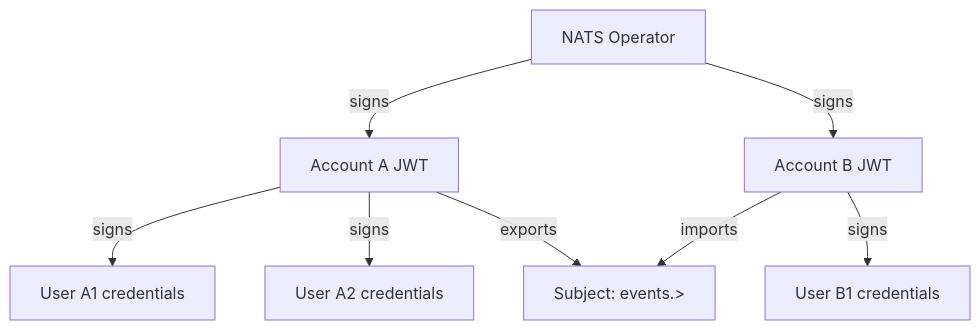
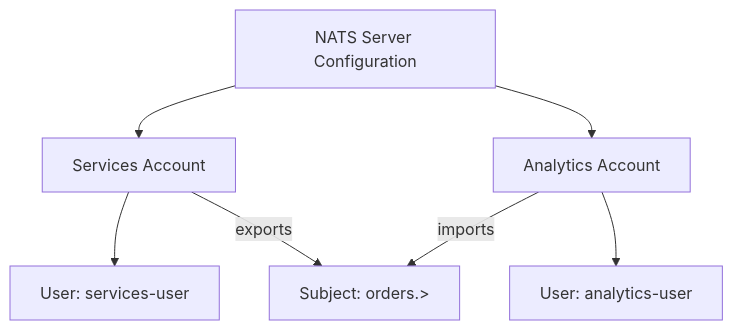
Before and after one commit to OneUptime/blog: the diagram in posts/2026-03-13-configure-nats-accounts-flux-cd/README.md, drawn with Mermaid. The commit also changed other lines of this file and 2 other files, not shown here.

Commit message:
validate: 2026-03-13-configure-nats-accounts-flux-cd

````diff
--- a/posts/2026-03-13-configure-nats-accounts-flux-cd/README.md
+++ b/posts/2026-03-13-configure-nats-accounts-flux-cd/README.md
@@ -25,10 +24,9 @@
 ```mermaid
 graph TD
-    A[NATS Operator] -->|signs| B[Account A JWT]
-    A -->|signs| C[Account B JWT]
-    B -->|signs| D[User A1 credentials]
-    B -->|signs| E[User A2 credentials]
-    C -->|signs| F[User B1 credentials]
-    B -->|exports| G[Subject: events.>]
-    C -->|imports| G
+    A[NATS Server Configuration] --> B[Services Account]
+    A --> C[Analytics Account]
+    B --> D[User: services-user]
+    C --> E[User: analytics-user]
+    B -->|exports| F[Subject: orders.>]
+    C -->|imports| F
 ```
````
